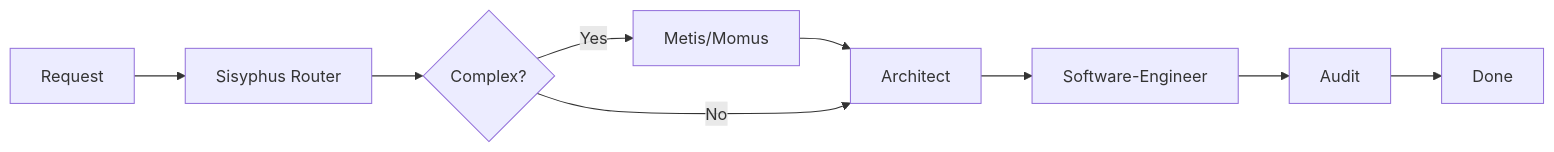
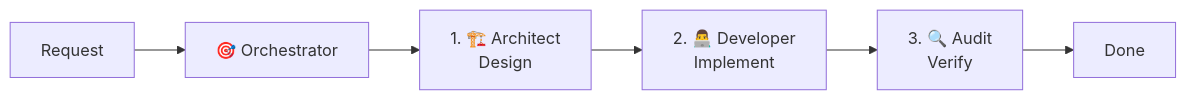
The second of 2 diagrams in prompts/AGENT_ROSTER.md (Jas0nOW/wanda-agentic-system), drawn with Mermaid before and after one commit. The commit also changed other lines of this file and 6 other files, not shown here.

First line of the commit message:
v1.0.3: Final Clean 7-Agent Architecture

````diff
--- a/prompts/AGENT_ROSTER.md
+++ b/prompts/AGENT_ROSTER.md
@@ -46,11 +131,8 @@
 ```mermaid
 graph LR
-    A[Request] --> B[Sisyphus Router]
-    B --> C{Complex?}
-    C -->|Yes| D[Metis/Momus]
-    D --> E[Architect]
-    C -->|No| E
-    E --> F[Software-Engineer]
-    F --> G[Audit]
-    G --> H[Done]
+    A[Request] --> O[🎯 Orchestrator]
+    O --> B["1. 🏗️ Architect<br/>Design"]
+    B --> C["2. 👨‍💻 Developer<br/>Implement"]
+    C --> D["3. 🔍 Audit<br/>Verify"]
+    D --> E[Done]
 ```
````
